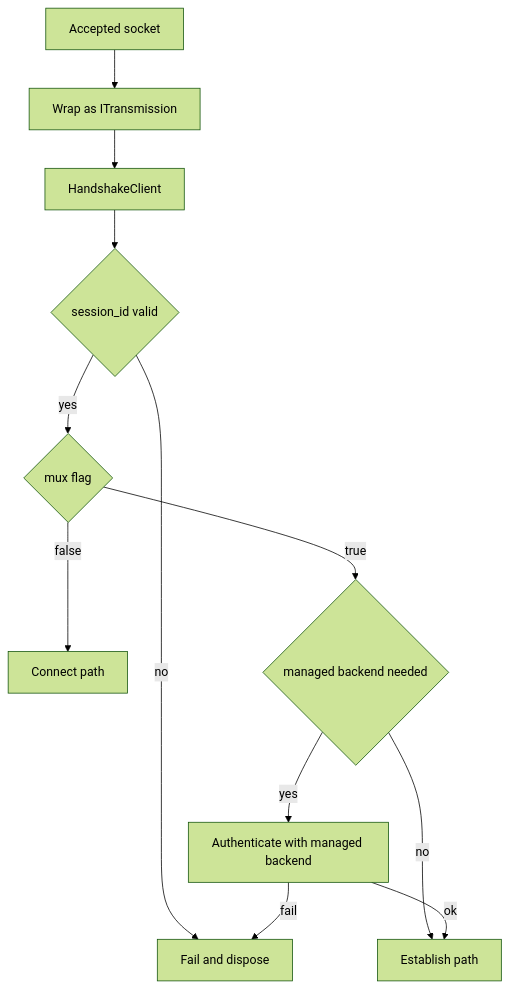
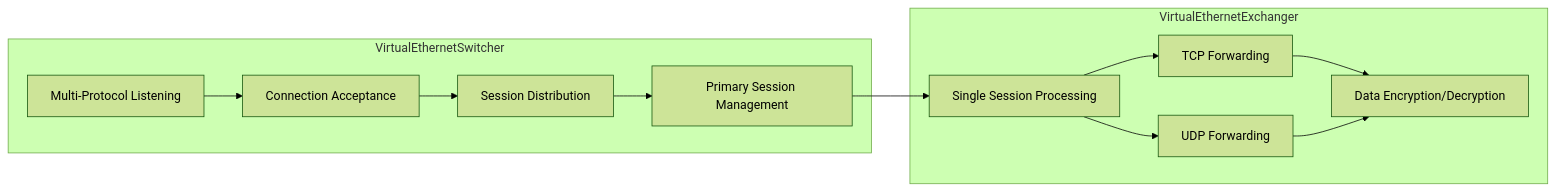
The second of 11 diagrams in docs/SERVER_ARCHITECTURE.md (HyacinthHaru/openppp2), drawn with Mermaid (forest theme) before and after one commit. The commit also changed other lines of this file and 31 other files, not shown here.

````diff
--- a/docs/SERVER_ARCHITECTURE.md
+++ b/docs/SERVER_ARCHITECTURE.md
@@ -120,14 +68,25 @@
 ```mermaid
-flowchart TD
-    A[Accepted socket] --> B[Wrap as ITransmission]
-    B --> C[HandshakeClient]
-    C --> D{session_id valid}
-    D -- no --> E[Fail and dispose]
-    D -- yes --> F{mux flag}
-    F -- false --> G[Connect path]
-    F -- true --> H{managed backend needed}
-    H -- no --> I[Establish path]
-    H -- yes --> J[Authenticate with managed backend]
-    J -->|ok| I
-    J -->|fail| E
+flowchart LR
+    subgraph VirtualEthernetSwitcher
+        A[Multi-Protocol Listening]
+        B[Connection Acceptance]
+        C[Session Distribution]
+        D[Primary Session Management]
+    end
+    
+    subgraph VirtualEthernetExchanger
+        E[Single Session Processing]
+        F[TCP Forwarding]
+        G[UDP Forwarding]
+        H[Data Encryption/Decryption]
+    end
+    
+    A --> B
+    B --> C
+    C --> D
+    D --> E
+    E --> F
+    E --> G
+    F --> H
+    G --> H
 ```
````
